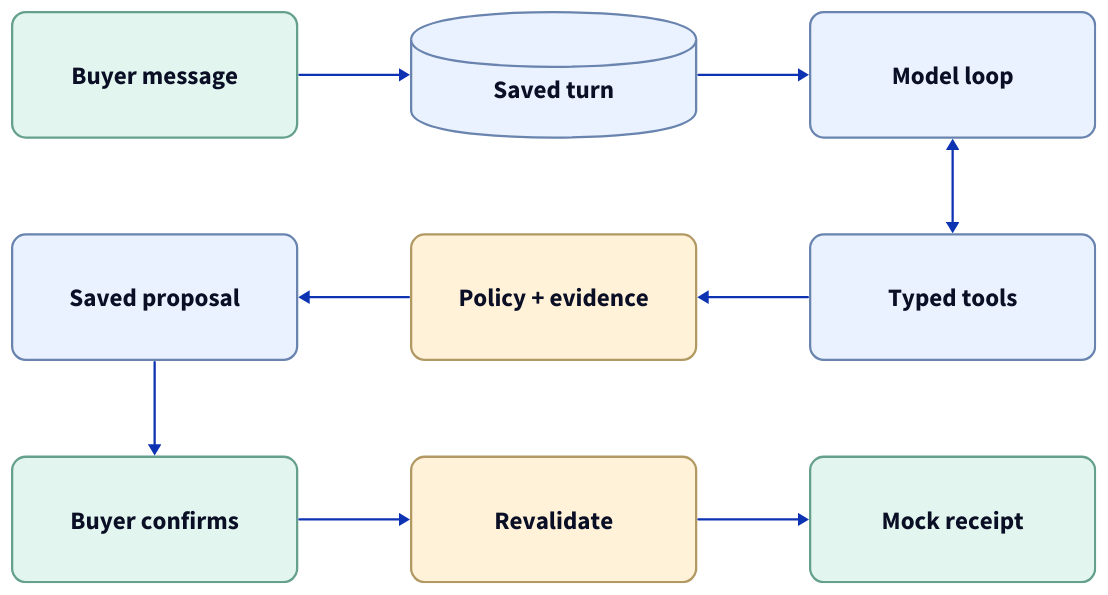
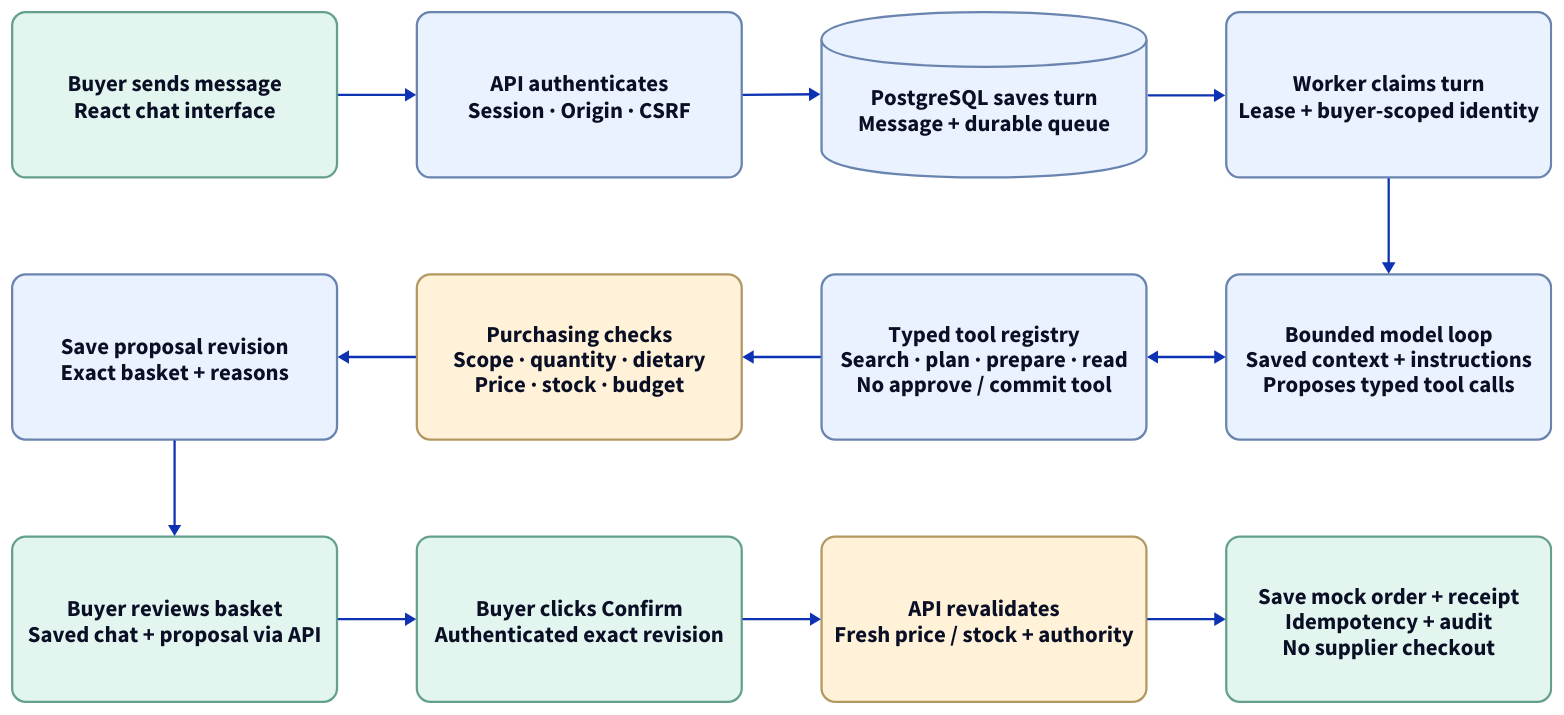
The diagram in docs/diagrams/harness.d2 (Junction-Best-Team/Main-Application), drawn with D2 before and after one commit. The commit also changed 7 other files, not shown here.

```diff
--- a/docs/diagrams/harness.d2
+++ b/docs/diagrams/harness.d2
@@ -1,38 +1,40 @@
 # The model can prepare; only the authenticated buyer can confirm.
 vars: {
   d2-config: {
     layout-engine: elk
     theme-id: 0
     pad: 40
   }
 }
 direction: right
 classes: {
   app: {
-    style: {fill: "#EAF1FF"; stroke: "#6984AE"; border-radius: 12; font-size: 22}
+    style: {fill: "#EAF1FF"; stroke: "#6984AE"; border-radius: 12; font-size: 20}
   }
   human: {
-    style: {fill: "#E2F5EF"; stroke: "#65A08D"; border-radius: 12; font-size: 22}
+    style: {fill: "#E2F5EF"; stroke: "#65A08D"; border-radius: 12; font-size: 20}
   }
   check: {
-    style: {fill: "#FFF2D9"; stroke: "#B29963"; border-radius: 12; font-size: 22}
+    style: {fill: "#FFF2D9"; stroke: "#B29963"; border-radius: 12; font-size: 20}
   }
 }
-# Read left to right, then follow the turn into the second row.
+# Read across the first row, back across the second, then across the third.
 grid-rows: 3
-grid-columns: 3
-horizontal-gap: 100
+grid-columns: 4
+horizontal-gap: 70
 vertical-gap: 85
-message: Buyer message {class: human; width: 250; height: 110}
-queue: Saved turn {class: app; width: 250; height: 110; shape: cylinder}
-model: Model loop {class: app; width: 250; height: 110}
-basket: Saved proposal {class: app; width: 250; height: 110}
-checks: Policy + evidence {class: check; width: 250; height: 110}
-tools: Typed tools {class: app; width: 250; height: 110}
-confirm: Buyer confirms {class: human; width: 250; height: 110}
-recheck: Revalidate {class: check; width: 250; height: 110}
-receipt: Mock receipt {class: human; width: 250; height: 110}
-message -> queue -> model
+message: "Buyer sends message\nReact chat interface" {class: human; width: 285; height: 145}
+api: "API authenticates\nSession · Origin · CSRF" {class: app; width: 285; height: 145}
+queue: "PostgreSQL saves turn\nMessage + durable queue" {class: app; width: 285; height: 145; shape: cylinder}
+worker: "Worker claims turn\nLease + buyer-scoped identity" {class: app; width: 285; height: 145}
+basket: "Save proposal revision\nExact basket + reasons" {class: app; width: 285; height: 145}
+checks: "Purchasing checks\nScope · quantity · dietary\nPrice · stock · budget" {class: check; width: 285; height: 145}
+tools: "Typed tool registry\nSearch · plan · prepare · read\nNo approve / commit tool" {class: app; width: 285; height: 145}
+model: "Bounded model loop\nSaved context + instructions\nProposes typed tool calls" {class: app; width: 285; height: 145}
+review: "Buyer reviews basket\nSaved chat + proposal via API" {class: human; width: 285; height: 145}
+confirm: "Buyer clicks Confirm\nAuthenticated exact revision" {class: human; width: 285; height: 145}
+recheck: "API revalidates\nFresh price / stock + authority" {class: check; width: 285; height: 145}
+receipt: "Save mock order + receipt\nIdempotency + audit\nNo supplier checkout" {class: human; width: 285; height: 145}
+message -> api -> queue -> worker -> model
 model <-> tools
-tools -> checks -> basket
-basket -> confirm -> recheck -> receipt
+tools -> checks -> basket -> review -> confirm -> recheck -> receipt
```
